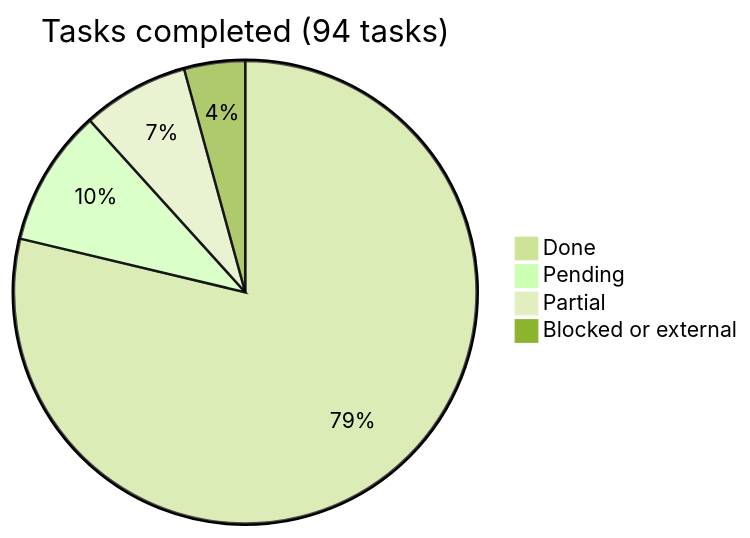
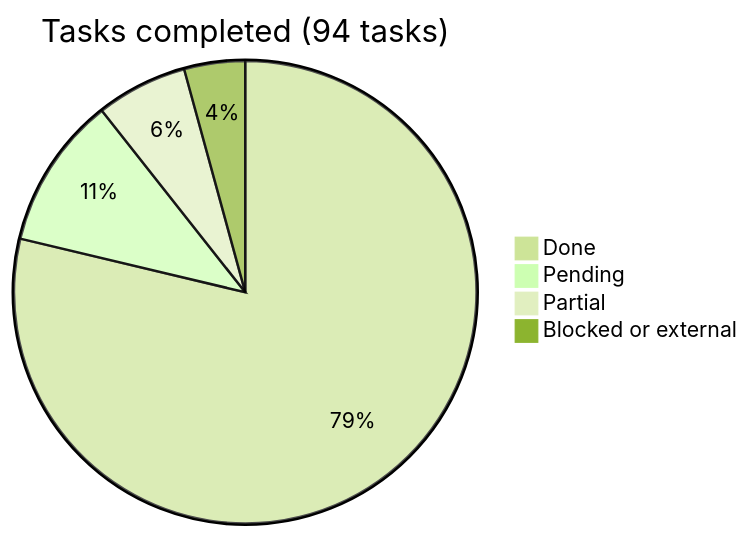
One commit to araguaney-lat/araguaney-app changed the diagram in docs/roadmap/README.md. Above: the diagram before and after it, drawn with Mermaid (forest theme). The commit also changed other lines of this file, not shown here.

Commit message:
docs(roadmap): recount the totals from the phase tables

````diff
--- a/docs/roadmap/README.md
+++ b/docs/roadmap/README.md
@@ -12,7 +16,7 @@
 ```mermaid
 pie title Tasks completed (94 tasks)
     "Done" : 74
-    "Pending" : 9
-    "Partial" : 7
+    "Pending" : 10
+    "Partial" : 6
     "Blocked or external" : 4
 ```
````
